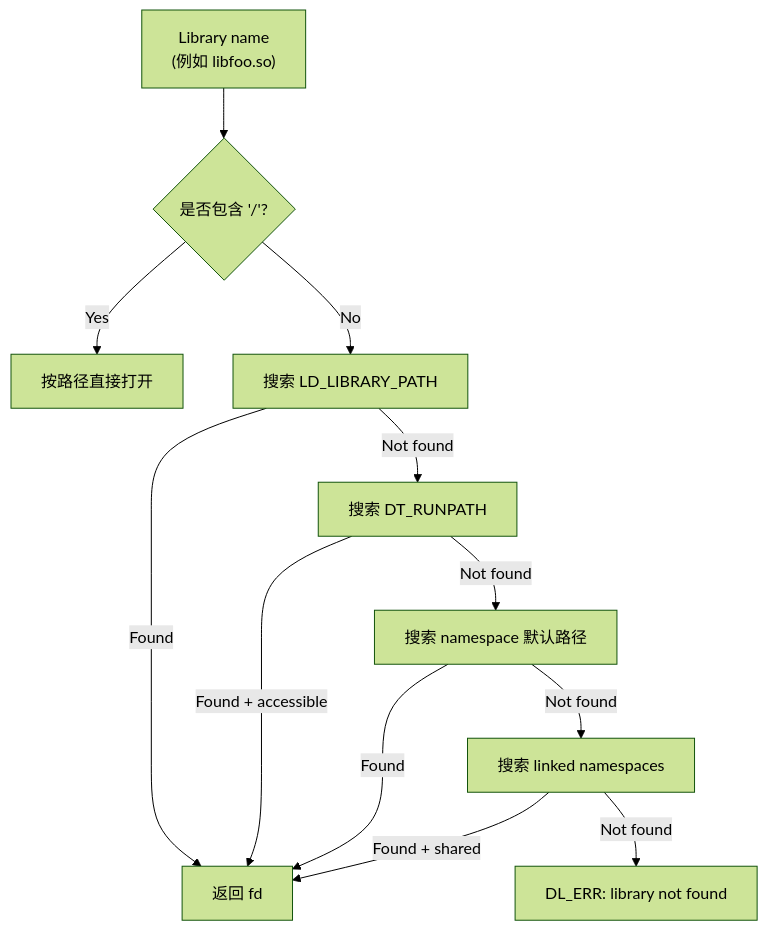
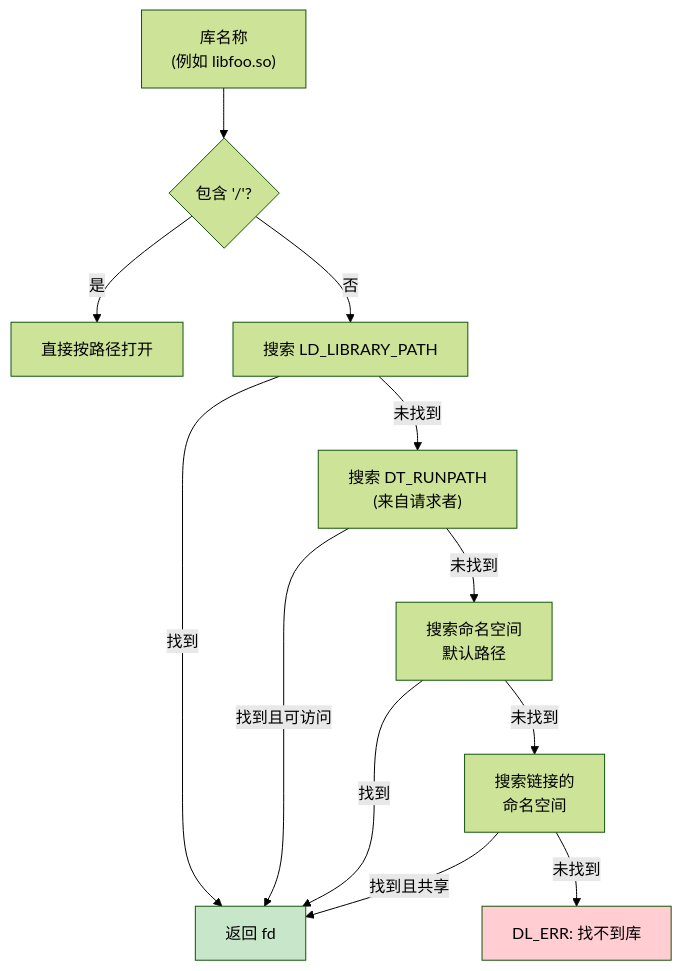
One commit to fwrite0920/aosp-internal-book changed the eighth of 13 diagrams in 07-bionic-and-linker-zh.md. Above: the diagram before and after it, drawn with Mermaid (forest theme). The commit also changed other lines of this file and 63 other files, not shown here.

````diff
--- a/07-bionic-and-linker-zh.md
+++ b/07-bionic-and-linker-zh.md
@@ -485,14 +1394,17 @@
 ```mermaid
 graph TD
-    A["Library name<br/>(例如 libfoo.so)"] --> B{"是否包含 '/'?"}
-    B -->|"Yes"| C["按路径直接打开"]
-    B -->|"No"| D["搜索 LD_LIBRARY_PATH"]
-    D -->|"Found"| Z["返回 fd"]
-    D -->|"Not found"| E["搜索 DT_RUNPATH"]
-    E -->|"Found + accessible"| Z
-    E -->|"Not found"| F["搜索 namespace 默认路径"]
-    F -->|"Found"| Z
-    F -->|"Not found"| G["搜索 linked namespaces"]
-    G -->|"Found + shared"| Z
-    G -->|"Not found"| H["DL_ERR: library not found"]
+    A["库名称<br/>(例如 libfoo.so)"] --> B{包含 '/'?}
+    B -->|是| C["直接按路径打开"]
+    B -->|否| D["搜索 LD_LIBRARY_PATH"]
+    D -->|找到| Z["返回 fd"]
+    D -->|未找到| E["搜索 DT_RUNPATH<br/>(来自请求者)"]
+    E -->|找到且可访问| Z
+    E -->|未找到| F["搜索命名空间<br/>默认路径"]
+    F -->|找到| Z
+    F -->|未找到| G["搜索链接的<br/>命名空间"]
+    G -->|找到且共享| Z
+    G -->|未找到| H["DL_ERR: 找不到库"]
+
+    style Z fill:#c8e6c9
+    style H fill:#ffcdd2
 ```
````
